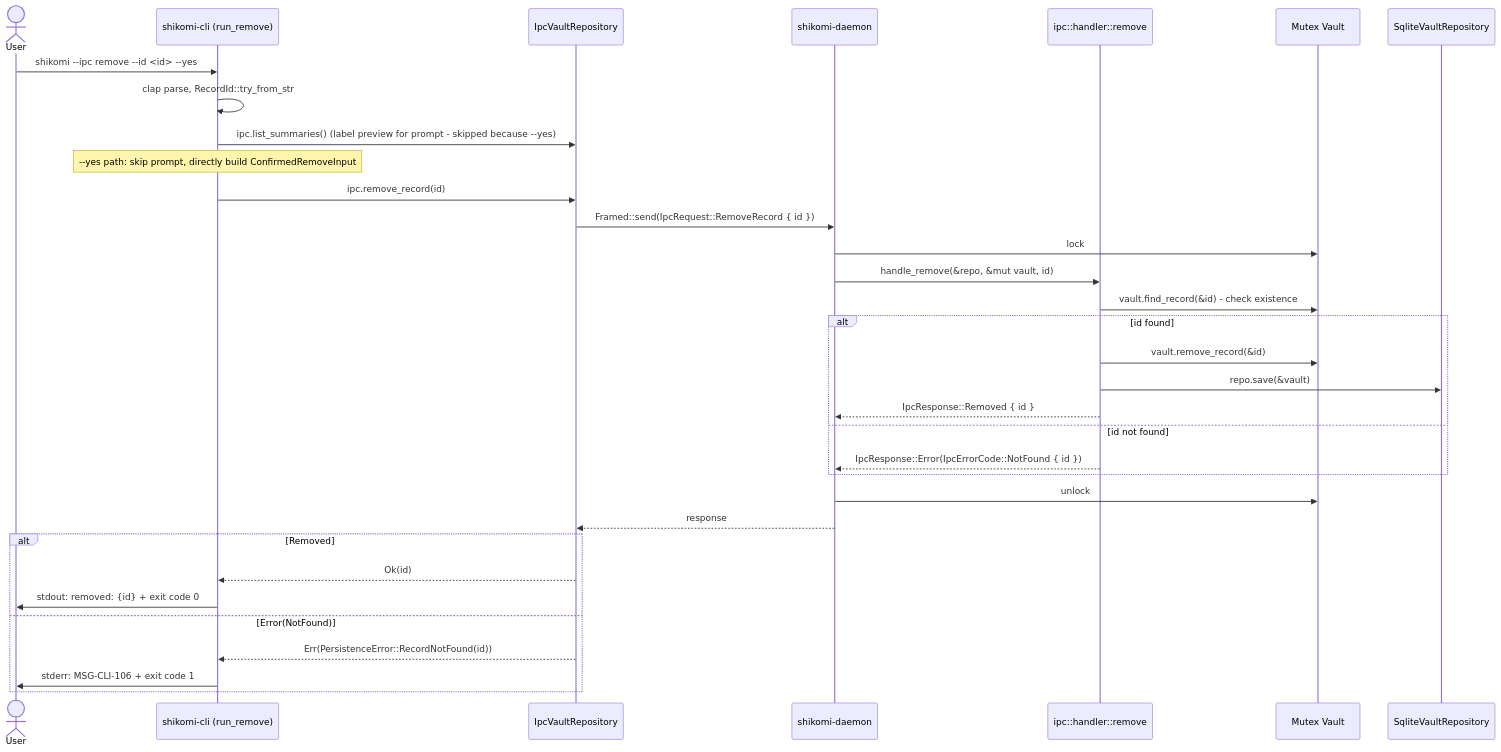
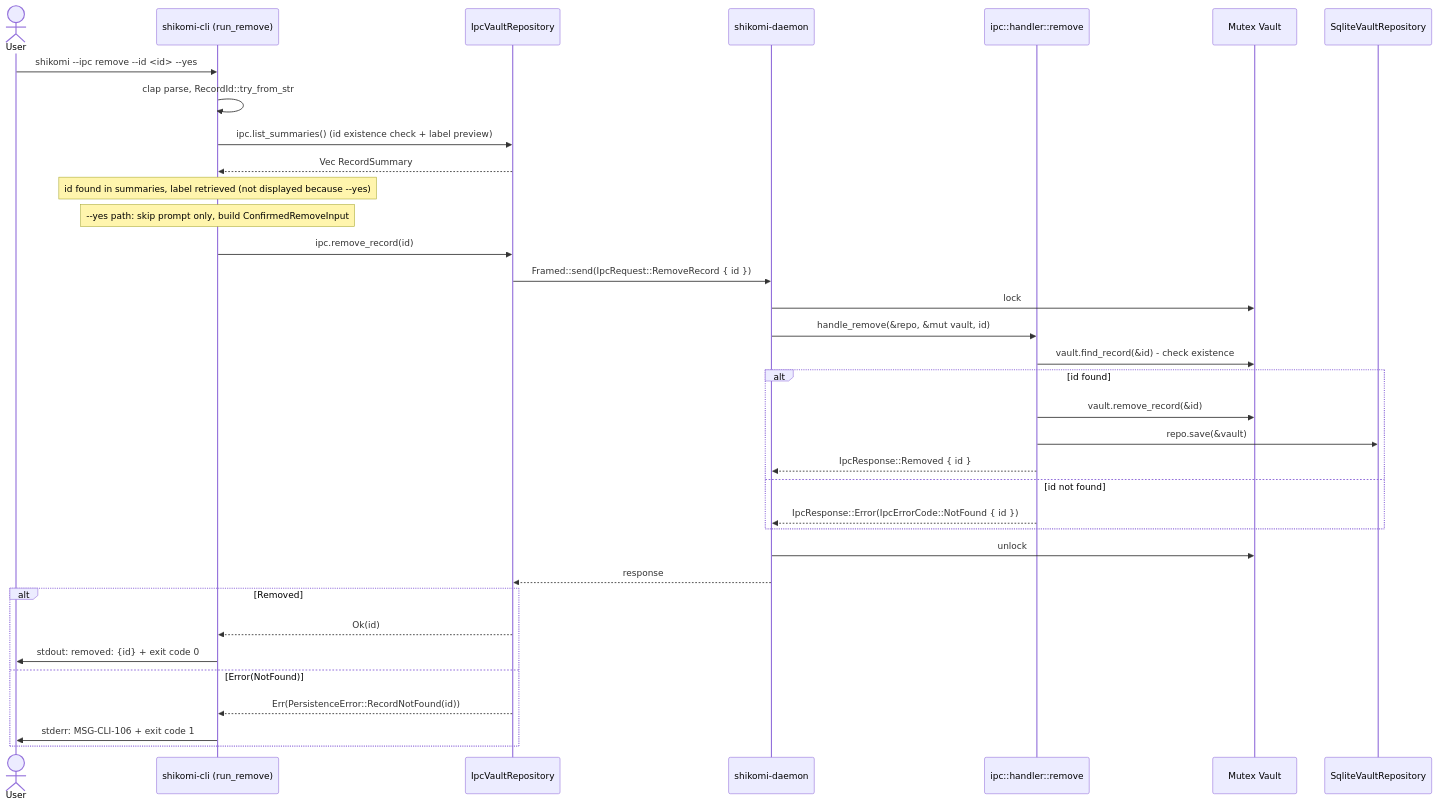
Before and after one commit to shikomi-dev/shikomi: the sixth of 9 diagrams in docs/features/daemon-ipc/basic-design/flows.md, drawn with Mermaid. The commit also changed other lines of this file and 4 other files, not shown here.

````diff
--- a/docs/features/daemon-ipc/basic-design/flows.md
+++ b/docs/features/daemon-ipc/basic-design/flows.md
@@ -378,36 +384,38 @@
 ```mermaid
 sequenceDiagram
     actor User
     participant Cli as shikomi-cli (run_remove)
     participant IpcRepo as IpcVaultRepository
     participant Server as shikomi-daemon
     participant Handler as ipc::handler::remove
     participant VaultMutex as Mutex Vault
     participant Repo as SqliteVaultRepository
 
     User->>Cli: shikomi --ipc remove --id <id> --yes
     Cli->>Cli: clap parse, RecordId::try_from_str
-    Cli->>IpcRepo: ipc.list_summaries() (label preview for prompt - skipped because --yes)
-    Note over Cli: --yes path: skip prompt, directly build ConfirmedRemoveInput
+    Cli->>IpcRepo: ipc.list_summaries() (id existence check + label preview)
+    IpcRepo-->>Cli: Vec RecordSummary
+    Note over Cli: id found in summaries, label retrieved (not displayed because --yes)
+    Note over Cli: --yes path: skip prompt only, build ConfirmedRemoveInput
     Cli->>IpcRepo: ipc.remove_record(id)
     IpcRepo->>Server: Framed::send(IpcRequest::RemoveRecord { id })
     Server->>VaultMutex: lock
     Server->>Handler: handle_remove(&repo, &mut vault, id)
     Handler->>VaultMutex: vault.find_record(&id) - check existence
     alt id found
         Handler->>VaultMutex: vault.remove_record(&id)
         Handler->>Repo: repo.save(&vault)
         Handler-->>Server: IpcResponse::Removed { id }
     else id not found
         Handler-->>Server: IpcResponse::Error(IpcErrorCode::NotFound { id })
     end
     Server->>VaultMutex: unlock
     Server-->>IpcRepo: response
     alt Removed
         IpcRepo-->>Cli: Ok(id)
         Cli->>User: stdout: removed: {id} + exit code 0
     else Error(NotFound)
         IpcRepo-->>Cli: Err(PersistenceError::RecordNotFound(id))
         Cli->>User: stderr: MSG-CLI-106 + exit code 1
     end
 ```
````
